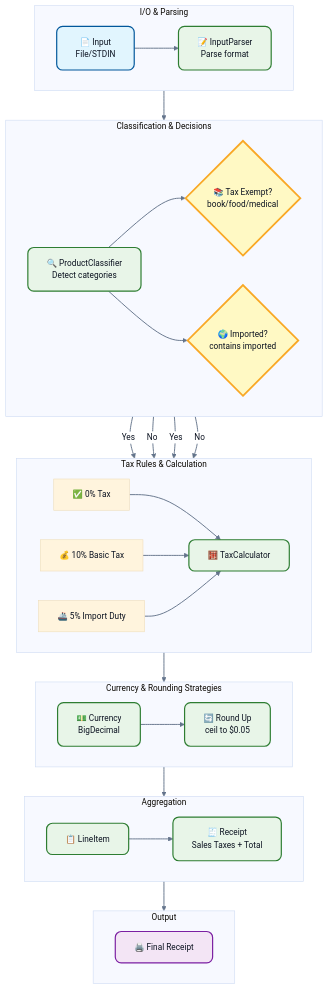
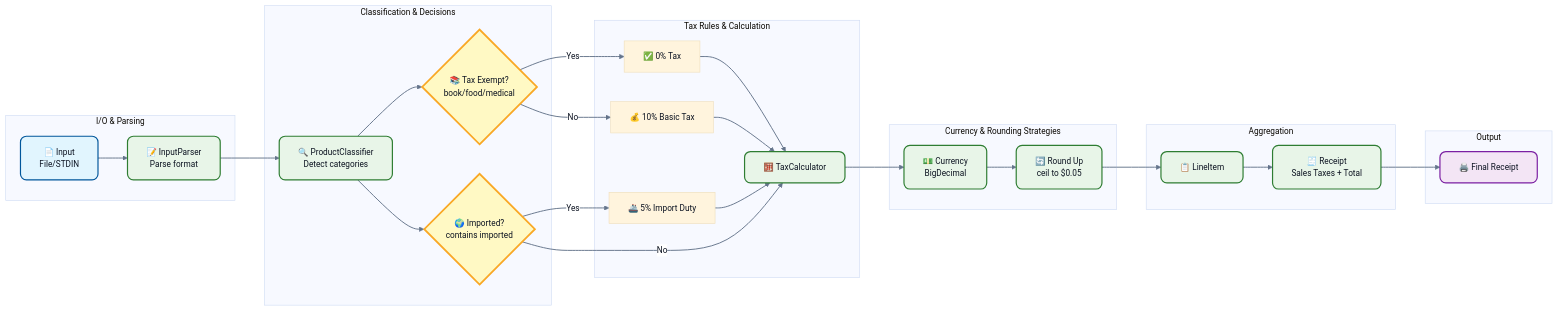
One commit to Gfreschi/sales_taxes_challenge changed the diagram in docs/architecture-flow.mmd. Above: the diagram before and after it, drawn with Mermaid. The commit also changed 1 other file, not shown here.

Commit message:
fix: flow diagram

```diff
--- a/docs/architecture-flow.mmd
+++ b/docs/architecture-flow.mmd
@@ -1,69 +1,61 @@
 %%{init: {
   "theme": "base",
   "flowchart": { "curve": "basis", "htmlLabels": true, "padding": 16, "wrap": true },
   "themeVariables": {
     "fontFamily": "Inter, Segoe UI, Roboto, Arial, sans-serif",
     "primaryTextColor": "#0b1220",
     "nodeTextColor": "#0b1220",
     "lineColor": "#64748b",
     "edgeLabelBackground": "#ffffff",
     "fontSize": "14px",
     "graphPadding": 16,
     "nodeSpacing": 28,
     "rankSpacing": 48
   }
 }}%%
-flowchart 
+flowchart LR
   subgraph S1["I/O & Parsing"]
-    direction LR
     Input[📄 Input<br/>File/STDIN] --> Parser[📝 InputParser<br/>Parse format]
   end
 
   subgraph S2["Classification & Decisions"]
-    direction LR
     Parser --> Classifier[🔍 ProductClassifier<br/>Detect categories]
     Classifier --> Exempt{📚 Tax Exempt?<br/>book/food/medical}
     Classifier --> Import{🌍 Imported?<br/>contains imported}
   end
 
   subgraph S3["Tax Rules & Calculation"]
-    direction LR
     Exempt -->|Yes| NoTax[✅ 0% Tax]
     Exempt -->|No| BasicTax[💰 10% Basic Tax]
-
     Import -->|Yes| ImportTax[🚢 5% Import Duty]
     Import -->|No| Calculator[🧮 TaxCalculator]
-
     NoTax --> Calculator
     BasicTax --> Calculator
     ImportTax --> Calculator
   end
 
   subgraph S4["Currency & Rounding Strategies"]
-    direction LR
     Calculator --> Currency[💵 Currency<br/>BigDecimal]
     Currency --> Round[🔄 Round Up<br/>ceil to $0.05]
   end
 
   subgraph S5["Aggregation"]
-    direction LR
     Round --> LineItem[📋 LineItem]
     LineItem --> Receipt[🧾 Receipt<br/>Sales Taxes + Total]
   end
 
   subgraph S6["Output"]
-    direction LR
     Receipt --> Output[🖨️ Final Receipt]
   end
 
   classDef inputStyle fill:#e1f5fe,stroke:#01579b,stroke-width:2px,rx:10,ry:10
   classDef processStyle fill:#e8f5e8,stroke:#2e7d32,stroke-width:2px,rx:10,ry:10
   classDef decisionStyle fill:#fff9c4,stroke:#f9a825,stroke-width:3px,rx:10,ry:10
   classDef outputStyle fill:#f3e5f5,stroke:#7b1fa2,stroke-width:2px,rx:10,ry:10
 
   linkStyle default stroke:#64748b,stroke-width:1.6
 
   class Input inputStyle
   class Output outputStyle
   class Parser,Classifier,Calculator,Currency,Round,LineItem,Receipt processStyle
   class Exempt,Import decisionStyle
```
